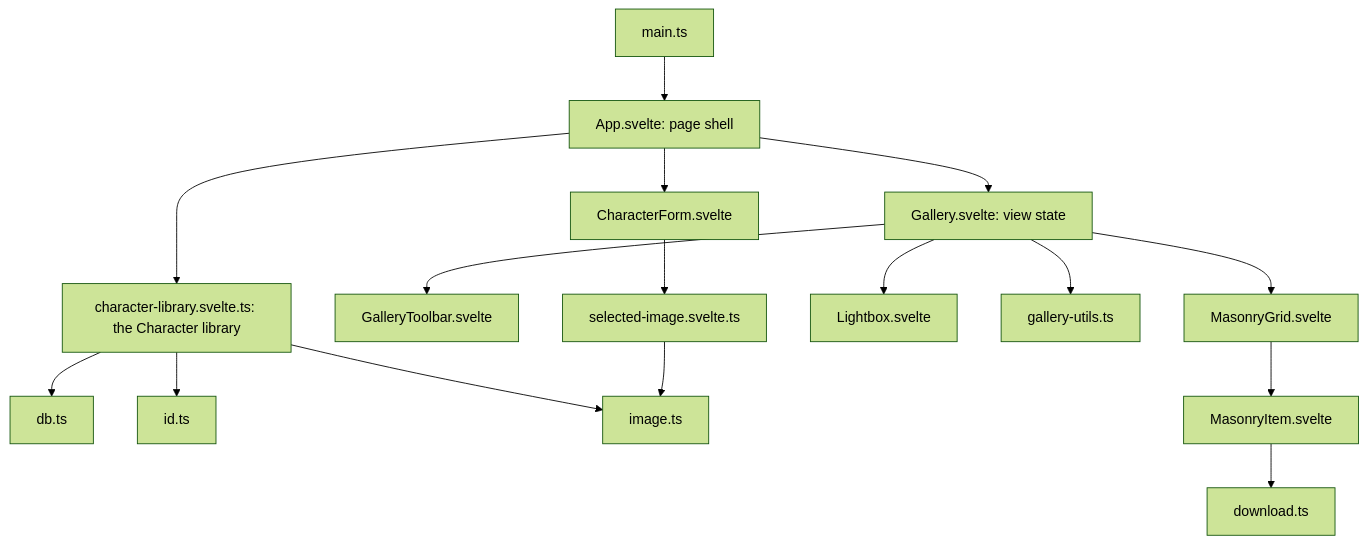
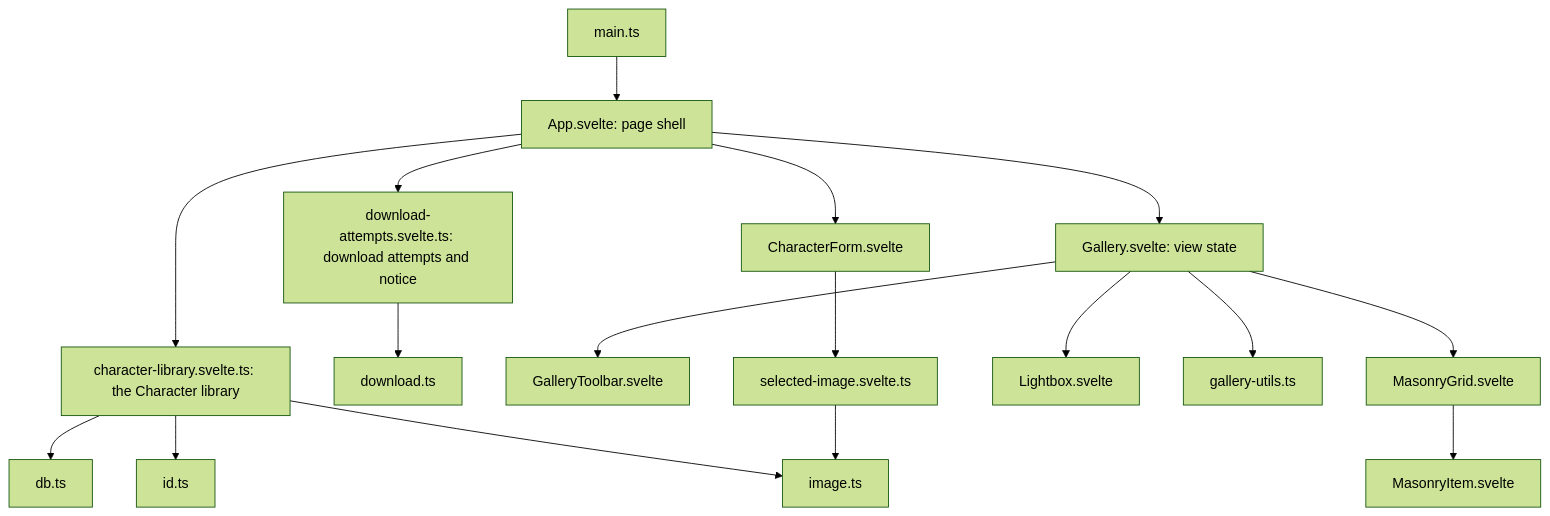
One commit to SairaDev02/sillytavern-vault changed the diagram in docs/WIKI.md. Above: the diagram before and after it, drawn with Mermaid (forest theme). The commit also changed other lines of this file and 8 other files, not shown here.

First line of the commit message:
feat(downloads): page-owned download attempts and failure notice (#37)

````diff
--- a/docs/WIKI.md
+++ b/docs/WIKI.md
@@ -52,18 +52,19 @@
 ```mermaid
 graph TD
   main["main.ts"] --> App
   App["App.svelte: page shell"] --> characterLibrary["character-library.svelte.ts: the Character library"]
+  App --> downloads["download-attempts.svelte.ts: download attempts and notice"]
   App --> Gallery
   App --> CharacterForm["CharacterForm.svelte"]
   characterLibrary --> db["db.ts"]
   characterLibrary --> id["id.ts"]
   characterLibrary --> image["image.ts"]
+  downloads --> download["download.ts"]
   Gallery["Gallery.svelte: view state"] --> GalleryToolbar["GalleryToolbar.svelte"]
   Gallery --> MasonryGrid["MasonryGrid.svelte"]
   Gallery --> Lightbox["Lightbox.svelte"]
   Gallery --> galleryUtils["gallery-utils.ts"]
   MasonryGrid --> MasonryItem["MasonryItem.svelte"]
-  MasonryItem --> download["download.ts"]
   CharacterForm --> selectedImage["selected-image.svelte.ts"]
   selectedImage --> image
 ```
````
